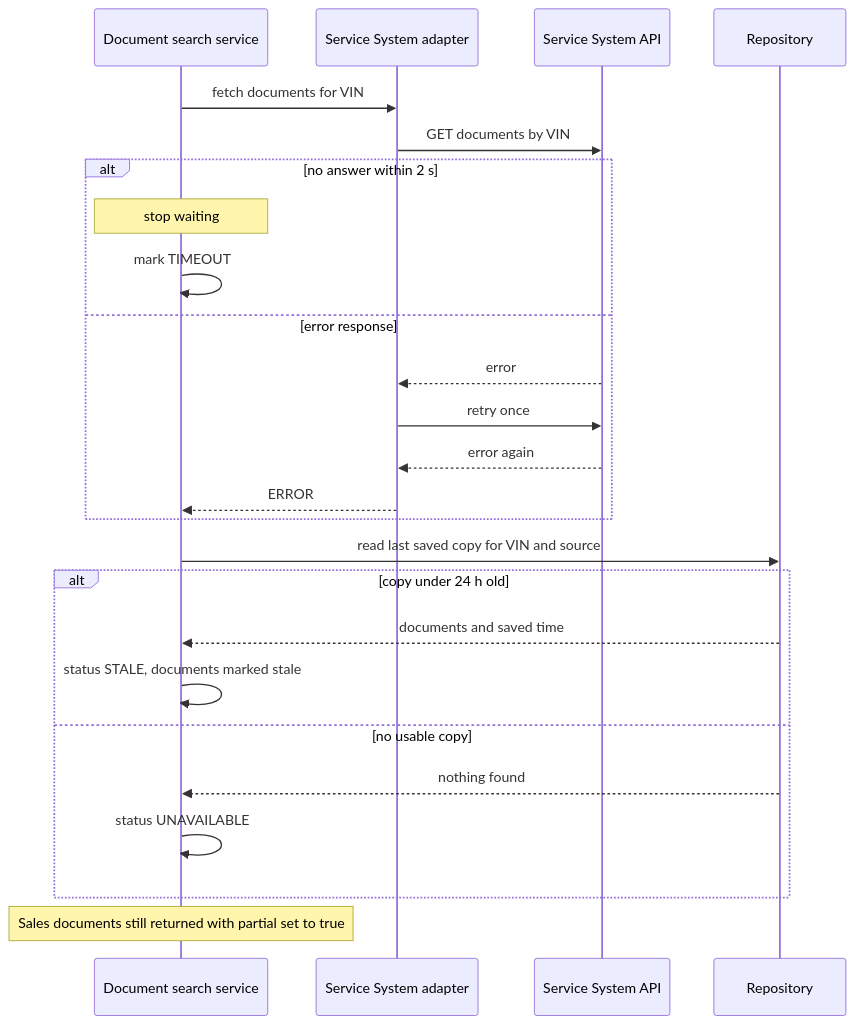
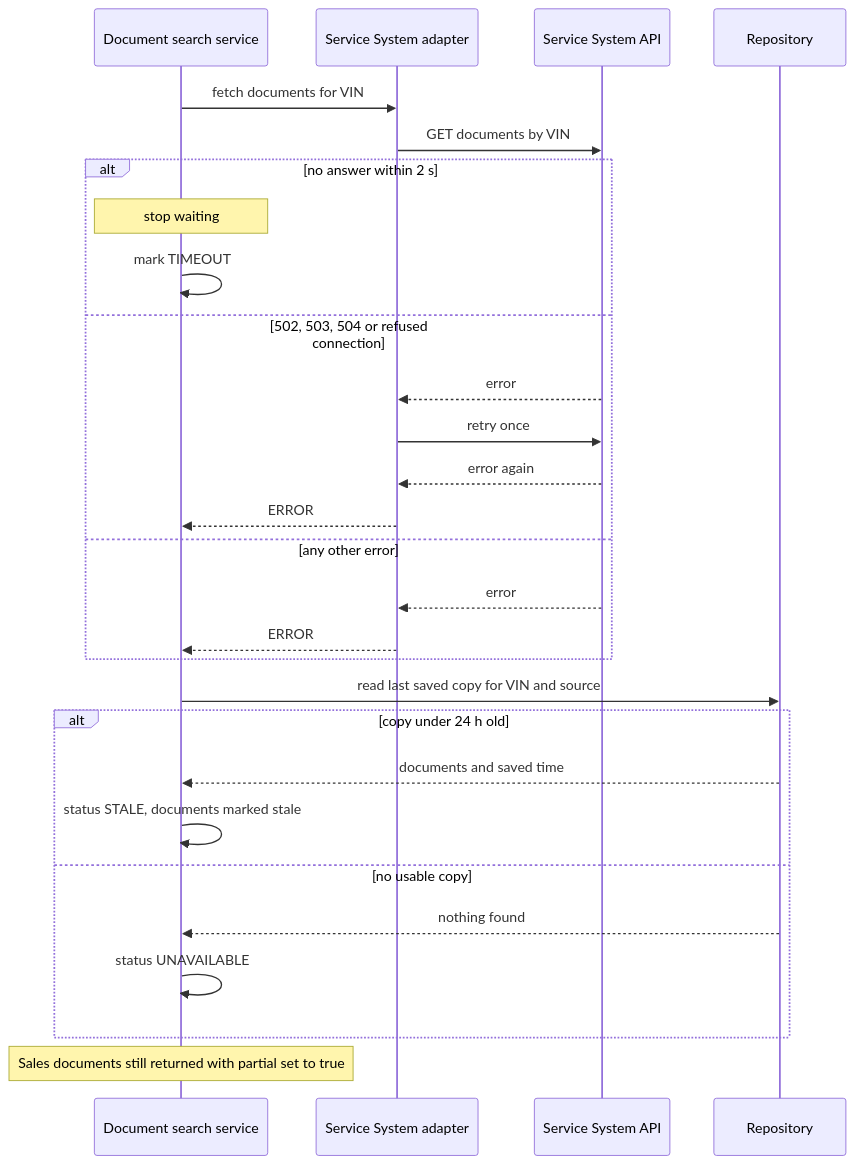
One commit to hinn1411/document-viewer changed the third of 3 diagrams in docs/system-design-document.md. Above: the diagram before and after it, drawn with Mermaid. The commit also changed other lines of this file and 3 other files, not shown here.

````diff
--- a/docs/system-design-document.md
+++ b/docs/system-design-document.md
@@ -174,28 +174,31 @@
 ```mermaid
 sequenceDiagram
     participant S as Document search service
     participant VA as Service System adapter
     participant SERV as Service System API
     participant R as Repository
 
     S->>VA: fetch documents for VIN
     VA->>SERV: GET documents by VIN
     alt no answer within 2 s
         Note over S: stop waiting
         S->>S: mark TIMEOUT
-    else error response
+    else 502, 503, 504 or refused connection
         SERV-->>VA: error
         VA->>SERV: retry once
         SERV-->>VA: error again
+        VA-->>S: ERROR
+    else any other error
+        SERV-->>VA: error
         VA-->>S: ERROR
     end
     S->>R: read last saved copy for VIN and source
     alt copy under 24 h old
         R-->>S: documents and saved time
         S->>S: status STALE, documents marked stale
     else no usable copy
         R-->>S: nothing found
         S->>S: status UNAVAILABLE
     end
     Note over S: Sales documents still returned with partial set to true
 ```
````
